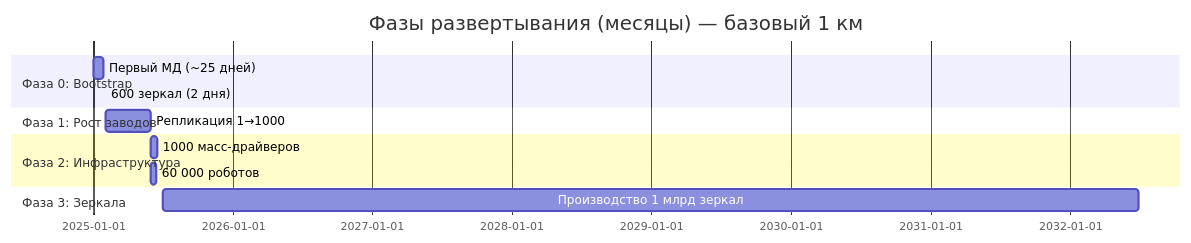
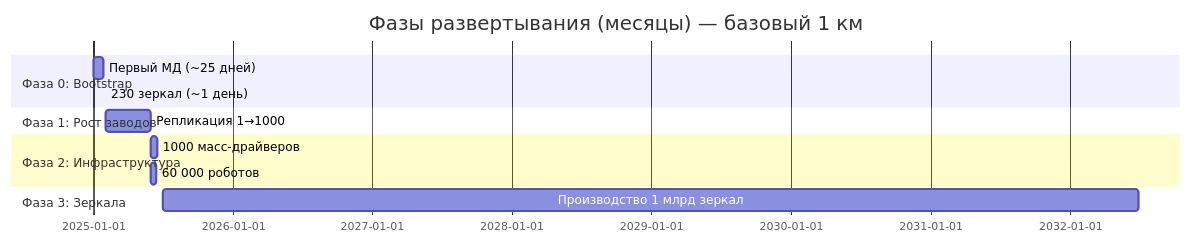
The diagram in ru/science/detailed/factories/assembly/replication.qmd (DmitryNasikanov/infinite-energy), drawn with Mermaid before and after one commit. The commit also changed other lines of this file and 34 other files, not shown here.

````diff
--- a/ru/science/detailed/factories/assembly/replication.qmd
+++ b/ru/science/detailed/factories/assembly/replication.qmd
@@ -175,15 +181,15 @@
 ```{mermaid}
 gantt
     title Фазы развертывания (месяцы) — базовый 1 км
     dateFormat  YYYY-MM
     section Фаза 0: Bootstrap
     Первый МД (~25 дней)          :2025-01, 25d
-    600 зеркал (2 дня)            :2025-02, 2d
+    230 зеркал (~1 день)          :2025-02, 1d
     section Фаза 1: Рост заводов
     Репликация 1→1000             :2025-02, 120d
     section Фаза 2: Инфраструктура
     1000 масс-драйверов           :2025-06, 15d
     60 000 роботов                :2025-06, 12d
     section Фаза 3: Зеркала
     Производство 1 млрд зеркал    :2025-07, 2555d
 ```
````
